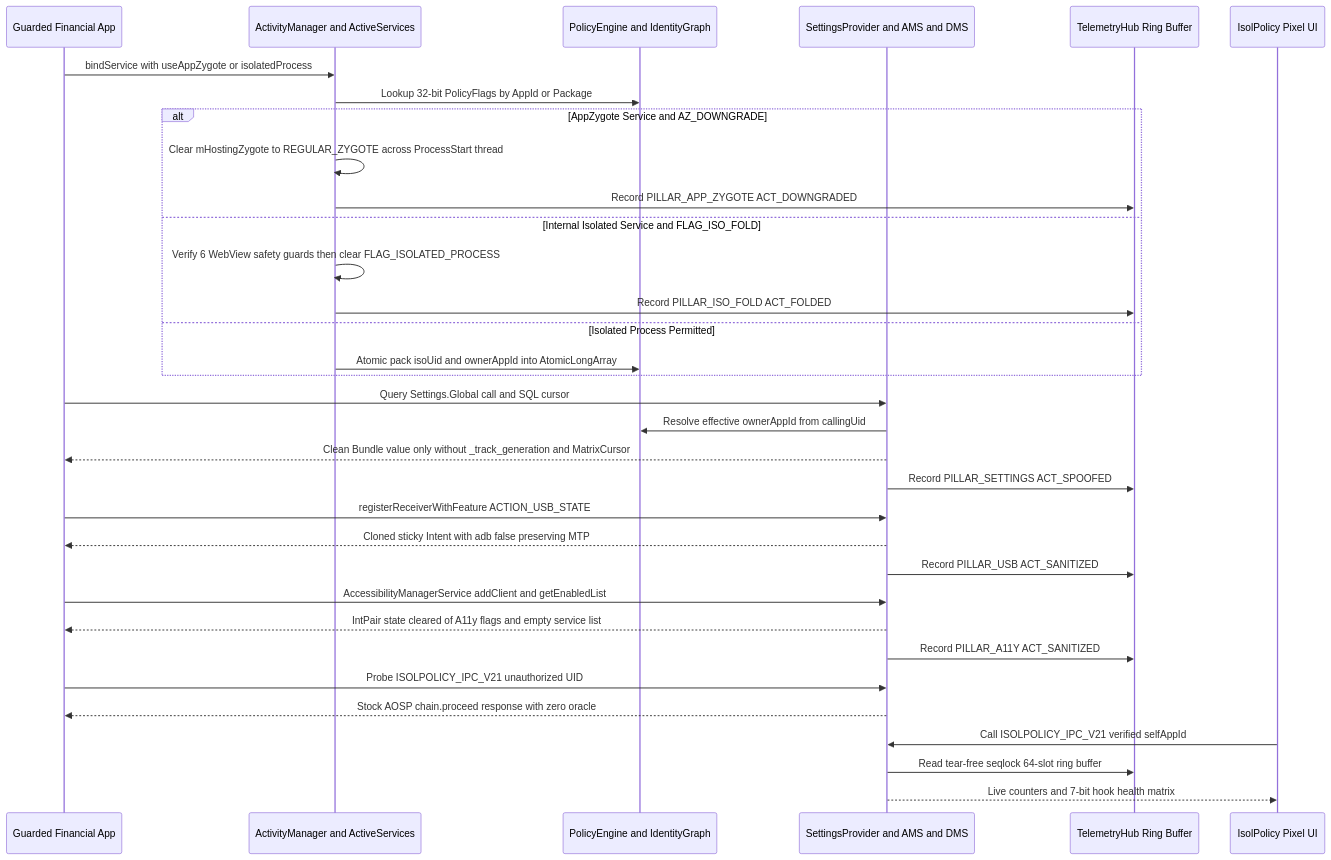
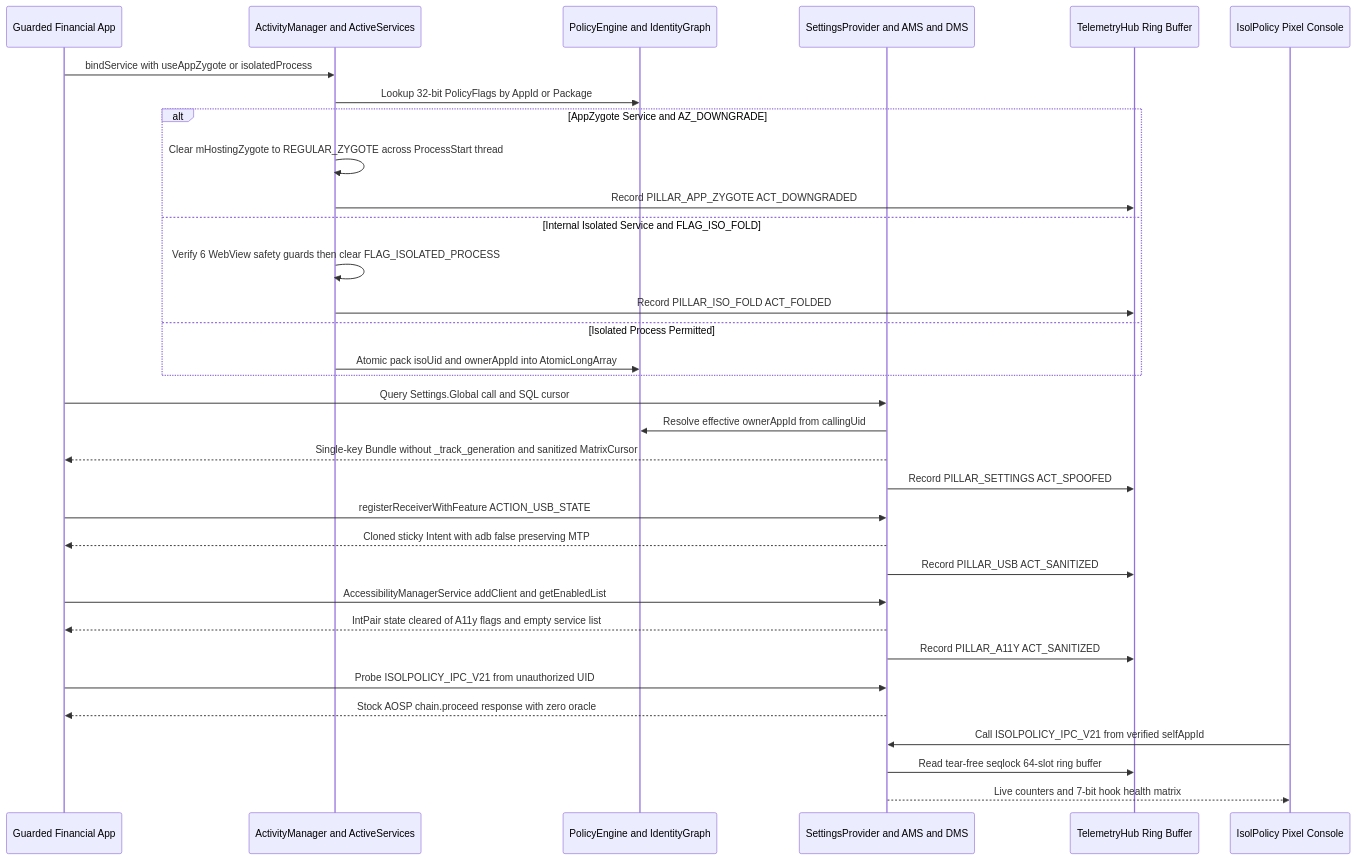
One commit to taro902/IsolPolicy-Pro changed the second of 3 diagrams in README.md. Above: the diagram before and after it, drawn with Mermaid. The commit also changed other lines of this file and 2 other files, not shown here.

Commit message:
docs: fix GitHub MathJax rendering, add adaptive pixel SVG banners, and expand polyglot README

```diff
--- a/README.md
+++ b/README.md
@@ -145,41 +152,41 @@
 ~~~mermaid
 sequenceDiagram
     participant App as Guarded Financial App
     participant AM as ActivityManager and ActiveServices
     participant Graph as PolicyEngine and IdentityGraph
     participant SP as SettingsProvider and AMS and DMS
     participant Hub as TelemetryHub Ring Buffer
-    participant UI as IsolPolicy Pixel UI
+    participant UI as IsolPolicy Pixel Console
 
     App->>AM: bindService with useAppZygote or isolatedProcess
     AM->>Graph: Lookup 32-bit PolicyFlags by AppId or Package
     alt AppZygote Service and AZ_DOWNGRADE
         AM->>AM: Clear mHostingZygote to REGULAR_ZYGOTE across ProcessStart thread
         AM->>Hub: Record PILLAR_APP_ZYGOTE ACT_DOWNGRADED
     else Internal Isolated Service and FLAG_ISO_FOLD
         AM->>AM: Verify 6 WebView safety guards then clear FLAG_ISOLATED_PROCESS
         AM->>Hub: Record PILLAR_ISO_FOLD ACT_FOLDED
     else Isolated Process Permitted
         AM->>Graph: Atomic pack isoUid and ownerAppId into AtomicLongArray
     end
 
     App->>SP: Query Settings.Global call and SQL cursor
     SP->>Graph: Resolve effective ownerAppId from callingUid
-    SP-->>App: Clean Bundle value only without _track_generation and MatrixCursor
+    SP-->>App: Single-key Bundle without _track_generation and sanitized MatrixCursor
     SP->>Hub: Record PILLAR_SETTINGS ACT_SPOOFED
 
     App->>SP: registerReceiverWithFeature ACTION_USB_STATE
     SP-->>App: Cloned sticky Intent with adb false preserving MTP
     SP->>Hub: Record PILLAR_USB ACT_SANITIZED
 
     App->>SP: AccessibilityManagerService addClient and getEnabledList
     SP-->>App: IntPair state cleared of A11y flags and empty service list
     SP->>Hub: Record PILLAR_A11Y ACT_SANITIZED
 
-    App->>SP: Probe ISOLPOLICY_IPC_V21 unauthorized UID
+    App->>SP: Probe ISOLPOLICY_IPC_V21 from unauthorized UID
     SP-->>App: Stock AOSP chain.proceed response with zero oracle
 
-    UI->>SP: Call ISOLPOLICY_IPC_V21 verified selfAppId
+    UI->>SP: Call ISOLPOLICY_IPC_V21 from verified selfAppId
     SP->>Hub: Read tear-free seqlock 64-slot ring buffer
     SP-->>UI: Live counters and 7-bit hook health matrix
 ~~~
```
